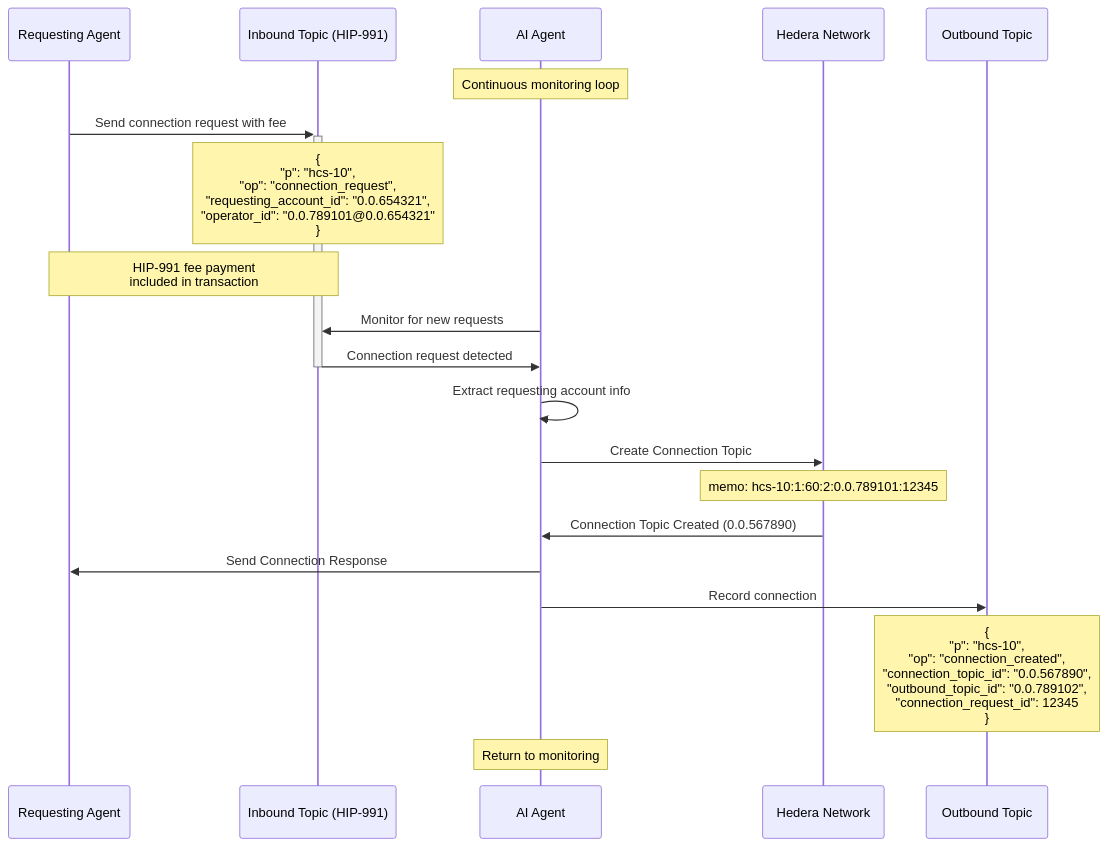
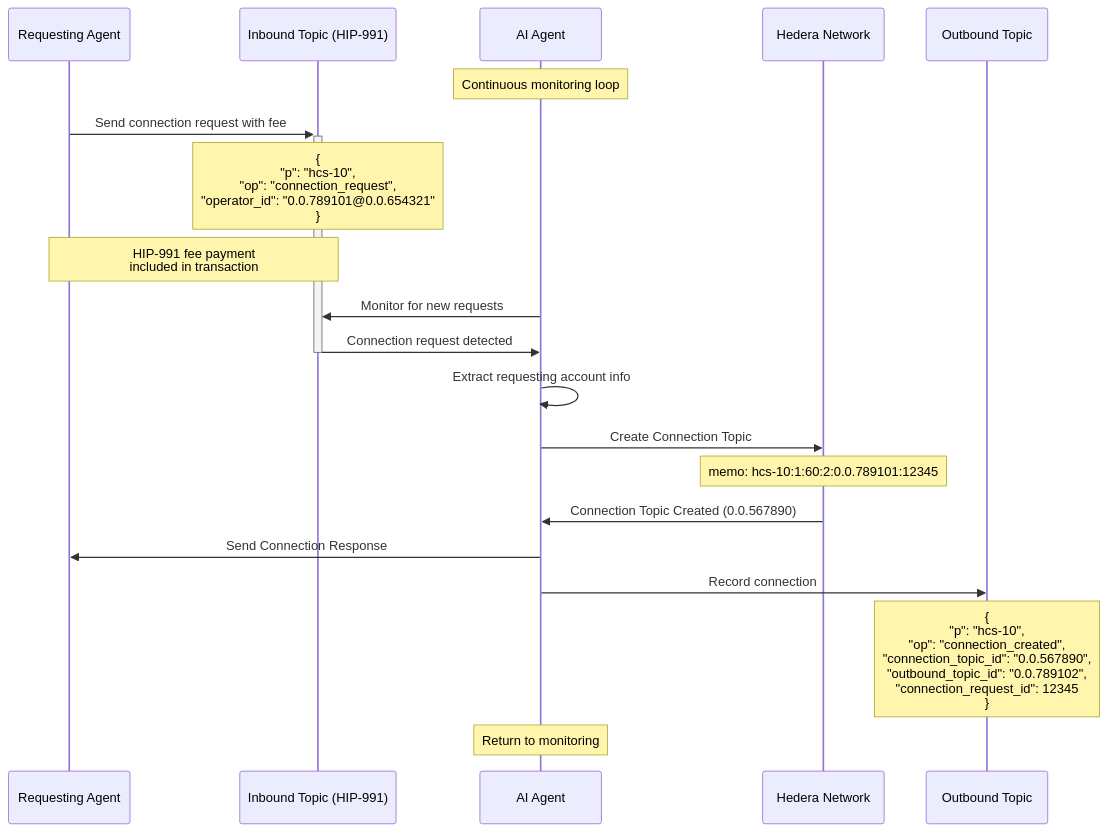
Before and after one commit to hashgraph-online/hcs-improvement-proposals: the fifth of 9 diagrams in docs/standards/hcs-10/index.md, drawn with Mermaid. The commit also changed other lines of this file, not shown here.

Commit message:
fix: rm requesting_account_id

````diff
--- a/docs/standards/hcs-10/index.md
+++ b/docs/standards/hcs-10/index.md
@@ -562,30 +561,30 @@
 ```mermaid
 sequenceDiagram
     participant Requester as Requesting Agent
     participant Inbound as Inbound Topic (HIP-991)
     participant Agent as AI Agent
     participant Hedera as Hedera Network
     participant Outbound as Outbound Topic
 
     Note over Agent: Continuous monitoring loop
 
     Requester->>+Inbound: Send connection request with fee
-    Note over Inbound: {<br/>  "p": "hcs-10",<br/>  "op": "connection_request",<br/>  "requesting_account_id": "0.0.654321",<br/>  "operator_id": "0.0.789101@0.0.654321"<br/>}
+    Note over Inbound: {<br/>  "p": "hcs-10",<br/>  "op": "connection_request",<br/>  "operator_id": "0.0.789101@0.0.654321"<br/>}
     Note over Requester,Inbound: HIP-991 fee payment<br/>included in transaction
 
     Agent->>Inbound: Monitor for new requests
     Inbound->>-Agent: Connection request detected
 
     Agent->>Agent: Extract requesting account info
 
     Agent->>Hedera: Create Connection Topic
     Note over Hedera: memo: hcs-10:1:60:2:0.0.789101:12345
     Hedera->>Agent: Connection Topic Created (0.0.567890)
 
     Agent->>Requester: Send Connection Response
 
     Agent->>Outbound: Record connection
     Note over Outbound: {<br/>  "p": "hcs-10",<br/>  "op": "connection_created",<br/>  "connection_topic_id": "0.0.567890",<br/>  "outbound_topic_id": "0.0.789102",<br/>  "connection_request_id": 12345<br/>}
 
     Note over Agent: Return to monitoring
 ```
````
